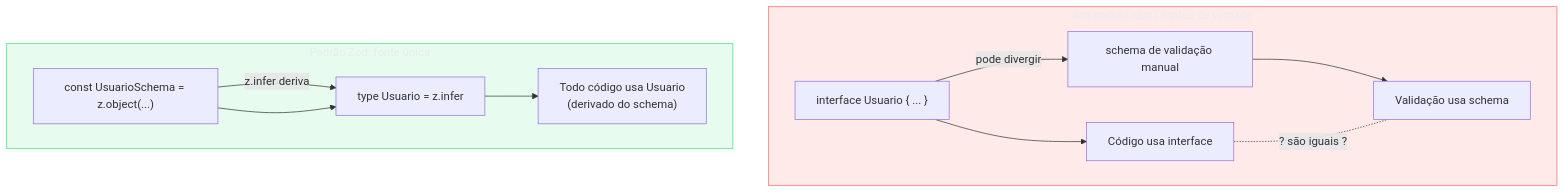
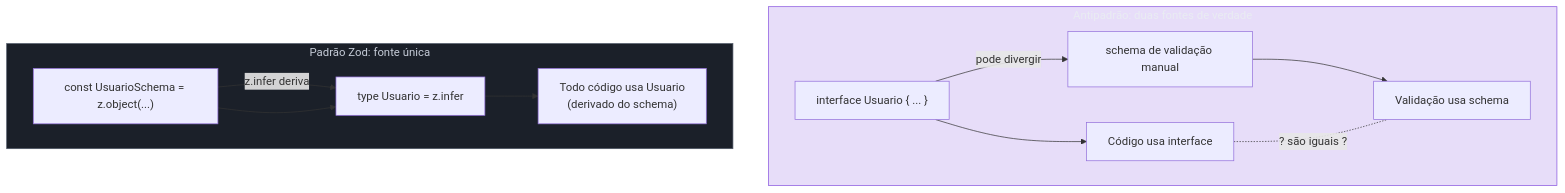
One commit to josenaldo/codex-technomanticus changed the fourth of 6 diagrams in 03-Dominios/Tecnologia/TypeScript/23 - A fronteira type↔runtime - parse, don't validate.md. Above: the diagram before and after it, drawn with Mermaid. The commit also changed other lines of this file and 601 other files, not shown here.

````diff
--- a/03-Dominios/Tecnologia/TypeScript/23 - A fronteira type↔runtime - parse, don't validate.md
+++ b/03-Dominios/Tecnologia/TypeScript/23 - A fronteira type↔runtime - parse, don't validate.md
@@ -327,26 +327,26 @@
 ```mermaid
 graph TD
-    classDef ok fill:#4ADE8021,stroke:#4ADE80,color:#E9ECF2
-    classDef falha fill:#FF6B6B24,stroke:#FF6B6B,color:#E9ECF2
+    classDef marca fill:#8855DF33,stroke:#8855DF,color:#E9ECF2
+    classDef neutro fill:#1B2029,stroke:#4E5666,color:#C6CCD8
     subgraph Antipadrão["Antipadrão: duas fontes de verdade"]
         I["interface Usuario { ... }"]
         S["schema de validação manual"]
         U1["Código usa interface"]
         U2["Validação usa schema"]
         I -->|"pode divergir"| S
         I --> U1
         S --> U2
         U1 -.-|"? são iguais ?"| U2
     end
 
     subgraph Padrão["Padrão Zod: fonte única"]
         ZS["const UsuarioSchema = z.object(...)"]
         ZT["type Usuario = z.infer<typeof UsuarioSchema>"]
         ZU["Todo código usa Usuario\n(derivado do schema)"]
         ZS -->|"z.infer deriva"| ZT
         ZS --> ZT --> ZU
     end
 
-    class Padrão ok
-    class Antipadrão falha
+    class Padrão neutro
+    class Antipadrão marca
 ```
````
